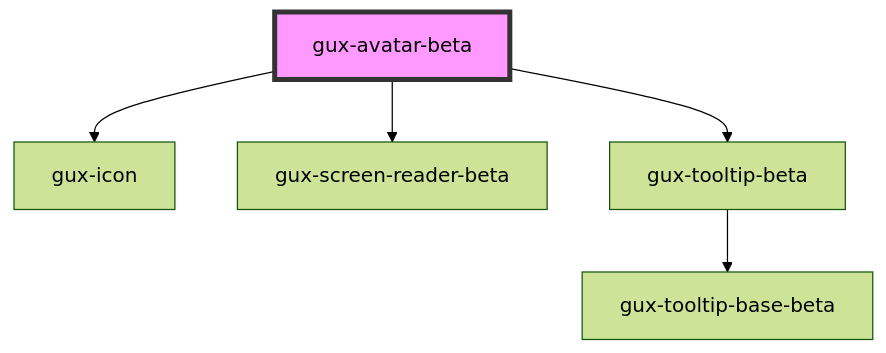
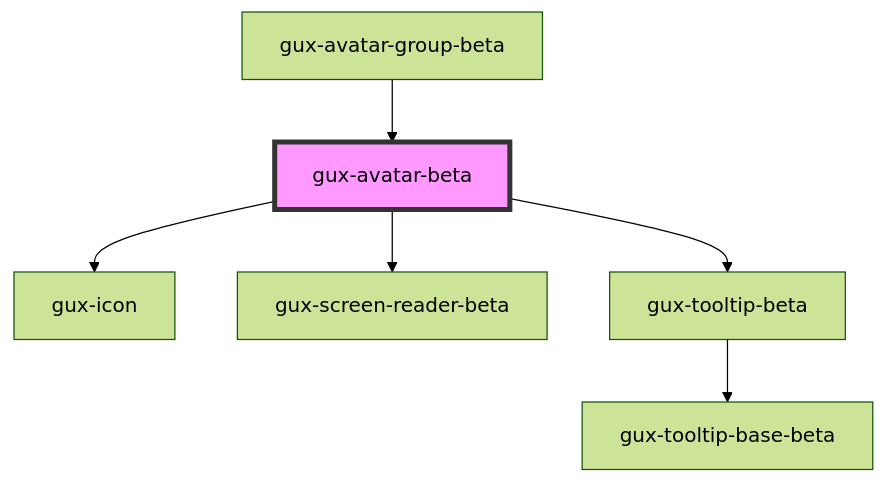
Before and after one commit to MyPureCloud/genesys-spark: the diagram in packages/genesys-spark-components/src/components/beta/gux-avatar/readme.md, drawn with Mermaid (forest theme). The commit also changed other lines of this file and 10 other files, not shown here.

Commit message:
chore(avatar-group): keyboard navigation first attempt

````diff
--- a/packages/genesys-spark-components/src/components/beta/gux-avatar/readme.md
+++ b/packages/genesys-spark-components/src/components/beta/gux-avatar/readme.md
@@ -62,8 +66,9 @@
 ```mermaid
 graph TD;
   gux-avatar-beta --> gux-icon
   gux-avatar-beta --> gux-screen-reader-beta
   gux-avatar-beta --> gux-tooltip-beta
   gux-tooltip-beta --> gux-tooltip-base-beta
+  gux-avatar-group-beta --> gux-avatar-beta
   style gux-avatar-beta fill:#f9f,stroke:#333,stroke-width:4px
 ```
````
